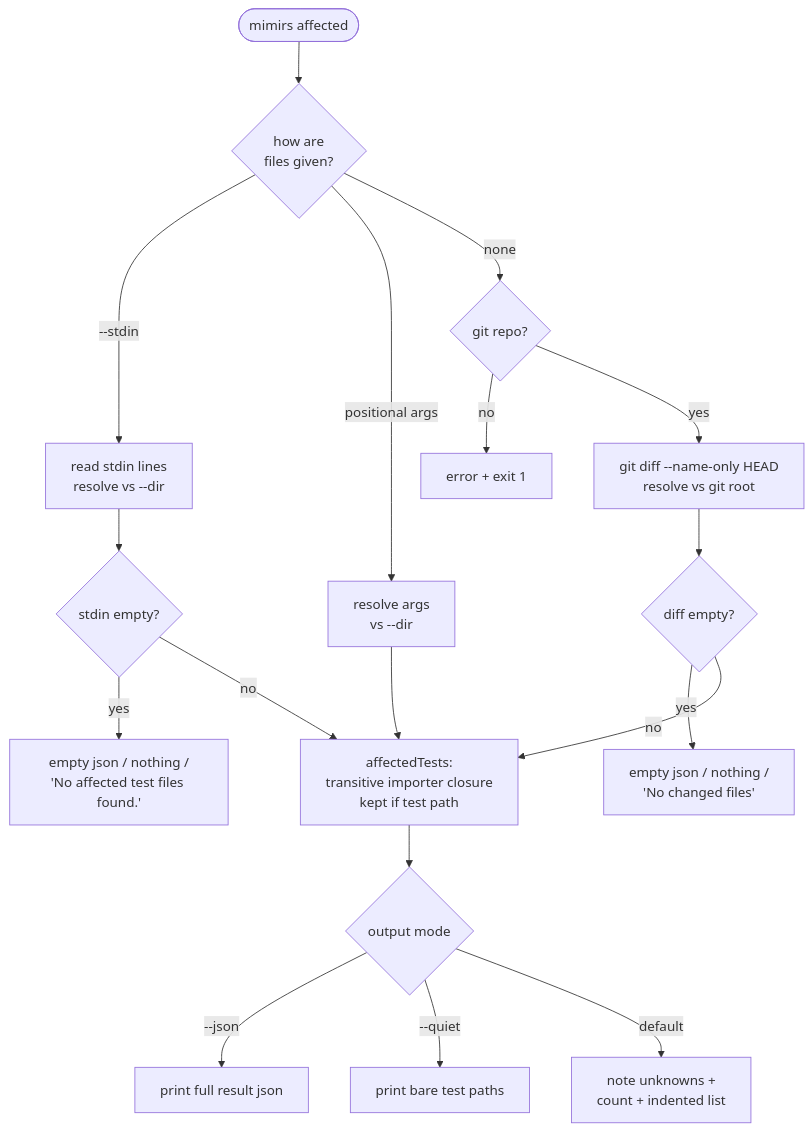
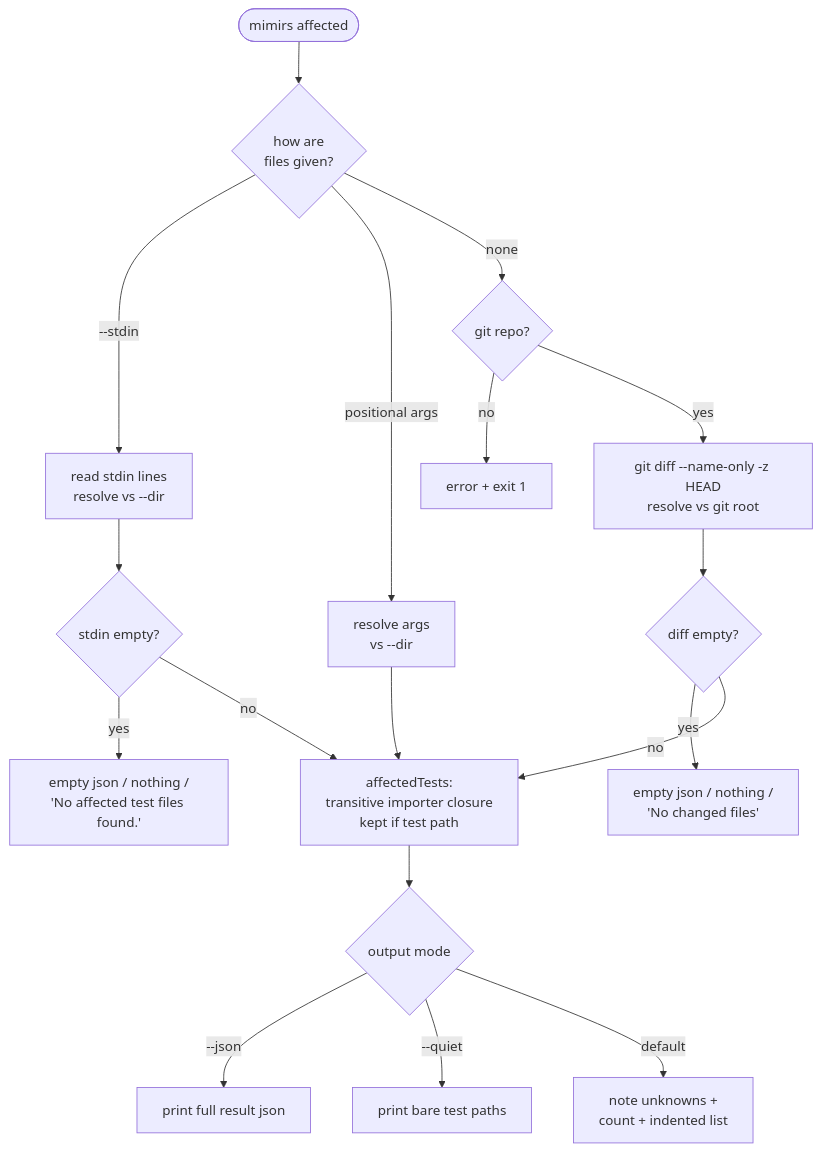
The diagram in wiki/cli/affected.md (TheWinci/mimirs), drawn with Mermaid before and after one commit. The commit also changed other lines of this file and 58 other files, not shown here.

````diff
--- a/wiki/cli/affected.md
+++ b/wiki/cli/affected.md
@@ -9,20 +9,20 @@
 ```mermaid
 flowchart TD
   startNode([mimirs affected]) --> mode{how are<br>files given?}
   mode -->|--stdin| stdin[read stdin lines<br>resolve vs --dir]
   stdin --> stdinEmpty{stdin empty?}
   stdinEmpty -->|yes| stdinNone[empty json / nothing /<br>'No affected test files found.']
-  mode -->|positional args| args[resolve args<br>vs --dir]
+  mode -->|positional args| posargs[resolve args<br>vs --dir]
   mode -->|none| gitChk{git repo?}
   gitChk -->|no| failNode[error + exit 1]
-  gitChk -->|yes| diff[git diff --name-only HEAD<br>resolve vs git root]
+  gitChk -->|yes| diff[git diff --name-only -z HEAD<br>resolve vs git root]
   diff --> emptyChk{diff empty?}
   emptyChk -->|yes| noChange[empty json / nothing /<br>'No changed files']
   stdinEmpty -->|no| walk
-  args --> walk
+  posargs --> walk
   emptyChk -->|no| walk[affectedTests:<br>transitive importer closure<br>kept if test path]
   walk --> outMode{output mode}
   outMode -->|--json| jsonOut[print full result json]
   outMode -->|--quiet| quietOut[print bare test paths]
   outMode -->|default| textOut[note unknowns +<br>count + indented list]
 ```
````
